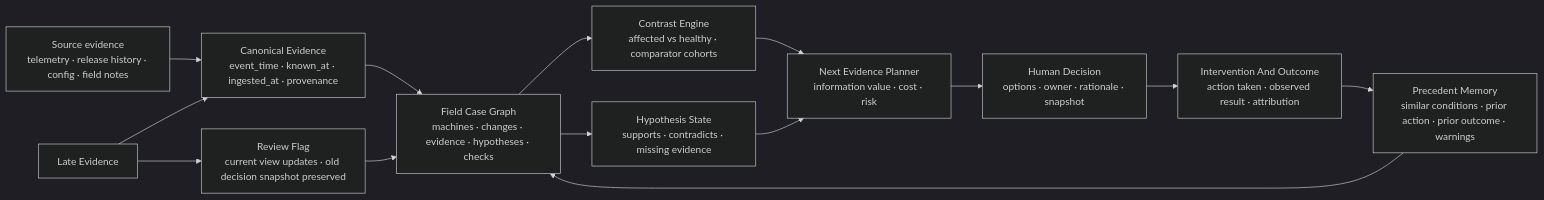
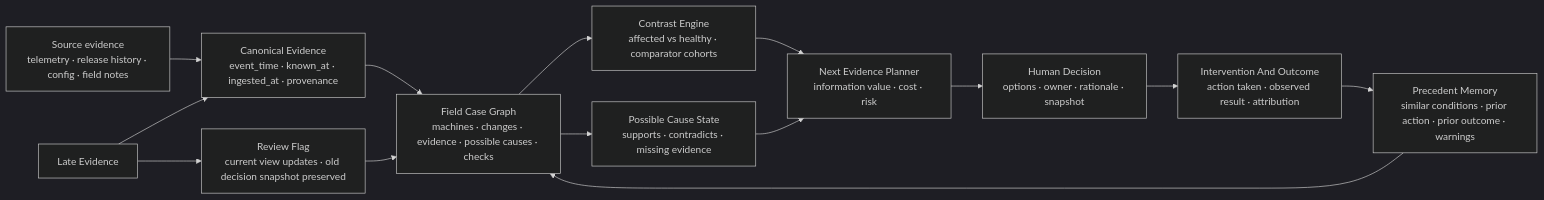
Before and after one commit to yuemonner/veyra-demo: the first of 2 diagrams in README.md, drawn with Mermaid (dark theme). The commit also changed other lines of this file and 4 other files, not shown here.

Commit message:
Use possible cause language in demo

````diff
--- a/README.md
+++ b/README.md
@@ -59,16 +59,16 @@
 ```mermaid
 flowchart LR
   A["Source evidence<br/>telemetry · release history · config · field notes"] --> B["Canonical Evidence<br/>event_time · known_at · ingested_at · provenance"]
-  B --> C["Field Case Graph<br/>machines · changes · evidence · hypotheses · checks"]
+  B --> C["Field Case Graph<br/>machines · changes · evidence · possible causes · checks"]
   C --> D["Contrast Engine<br/>affected vs healthy · comparator cohorts"]
-  C --> E["Hypothesis State<br/>supports · contradicts · missing evidence"]
+  C --> E["Possible Cause State<br/>supports · contradicts · missing evidence"]
   D --> F["Next Evidence Planner<br/>information value · cost · risk"]
   E --> F
   F --> G["Human Decision<br/>options · owner · rationale · snapshot"]
   G --> H["Intervention And Outcome<br/>action taken · observed result · attribution"]
   H --> I["Precedent Memory<br/>similar conditions · prior action · prior outcome · warnings"]
   I --> C
   J["Late Evidence"] --> B
   J --> K["Review Flag<br/>current view updates · old decision snapshot preserved"]
   K --> C
 ```
````
